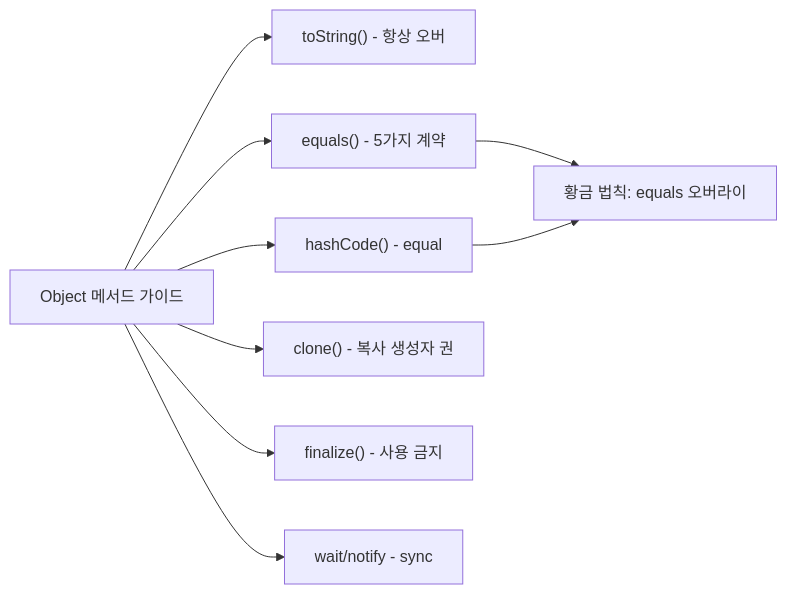
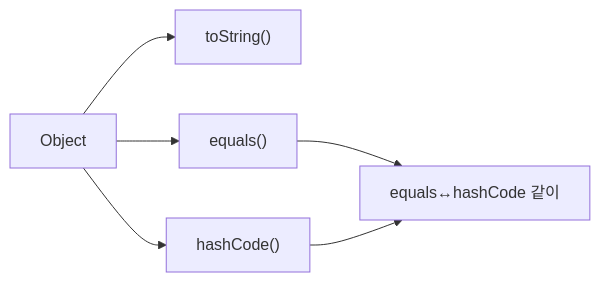
The sixth of 6 diagrams in _posts/java/2026-05-01-java-object-class.md (yjkim2015/yjkim2015.github.io), drawn with Mermaid before and after one commit. The commit also changed other lines of this file and 163 other files, not shown here.

First line of the commit message:
Mermaid 300개 블록 내용 축소: 5노드 5엣지 이하, 의미 있는 약어

````diff
--- a/_posts/java/2026-05-01-java-object-class.md
+++ b/_posts/java/2026-05-01-java-object-class.md
@@ -693,12 +690,8 @@
 ```mermaid
 graph LR
-    OBJECT["Object 메서드 가이드"]
-    OBJECT --> TOSTRING["toString() - 항상 오버"]
-    OBJECT --> EQUALS["equals() - 5가지 계약"]
-    OBJECT --> HASHCODE["hashCode() - equal"]
-    OBJECT --> CLONE["clone() - 복사 생성자 권"]
-    OBJECT --> FINALIZE["finalize() - 사용 금지"]
-    OBJECT --> WAITNOTIFY["wait/notify - sync"]
-    EQUALS --> GOLDEN["황금 법칙: equals 오버라이"]
+    OBJECT["Object"] --> TOSTRING["toString()"]
+    OBJECT --> EQUALS["equals()"]
+    OBJECT --> HASHCODE["hashCode()"]
+    EQUALS --> GOLDEN["equals↔hashCode 같이"]
     HASHCODE --> GOLDEN
 ```
````
